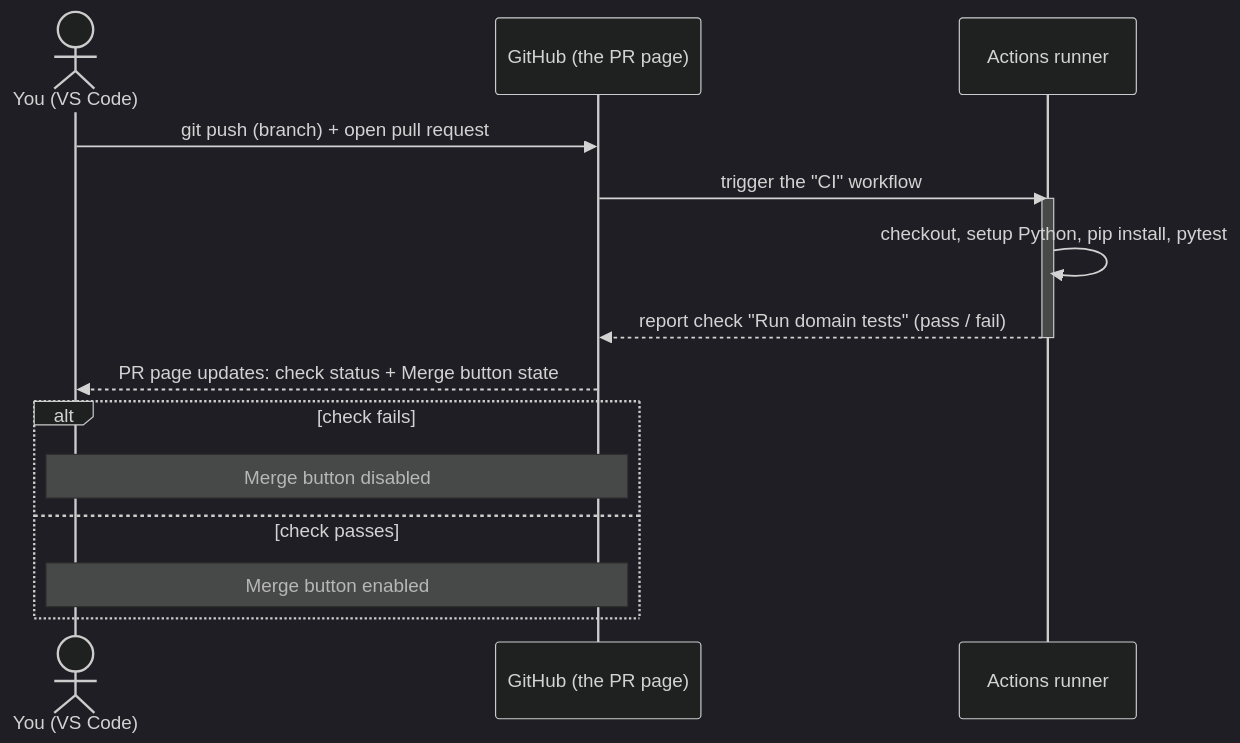
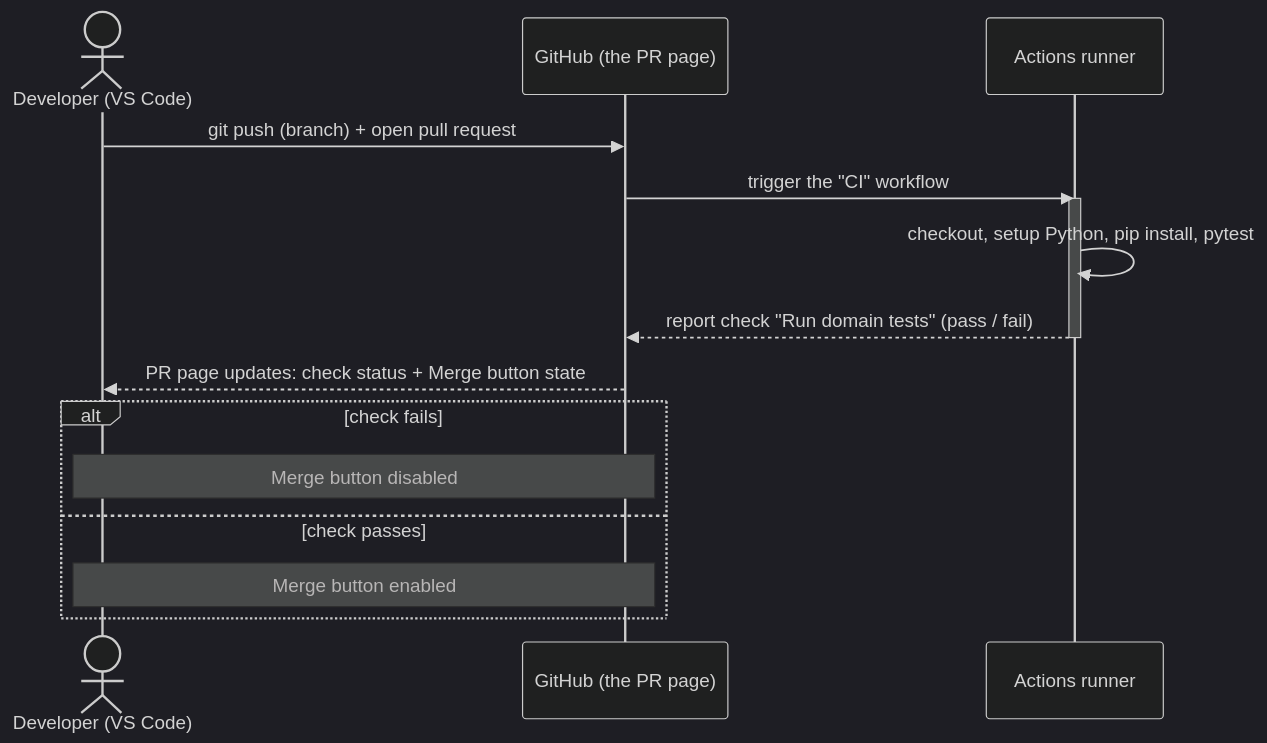
Before and after one commit to alfredorueda/ci-demo-python: the third of 5 diagrams in docs/WALKTHROUGH.md, drawn with Mermaid (dark theme). The commit also changed other lines of this file and 2 other files, not shown here.

````diff
--- a/docs/WALKTHROUGH.md
+++ b/docs/WALKTHROUGH.md
@@ -181,20 +171,20 @@
 ```mermaid
 sequenceDiagram
-    actor You as You (VS Code)
+    actor Dev as Developer (VS Code)
     participant GH as GitHub (the PR page)
     participant CI as Actions runner
 
-    You->>GH: git push (branch) + open pull request
+    Dev->>GH: git push (branch) + open pull request
     GH->>CI: trigger the "CI" workflow
     activate CI
     CI->>CI: checkout, setup Python, pip install, pytest
     CI-->>GH: report check "Run domain tests" (pass / fail)
     deactivate CI
-    GH-->>You: PR page updates: check status + Merge button state
+    GH-->>Dev: PR page updates: check status + Merge button state
 
     alt check fails
-        Note over GH,You: Merge button disabled
+        Note over GH,Dev: Merge button disabled
     else check passes
-        Note over GH,You: Merge button enabled
+        Note over GH,Dev: Merge button enabled
     end
 ```
````
